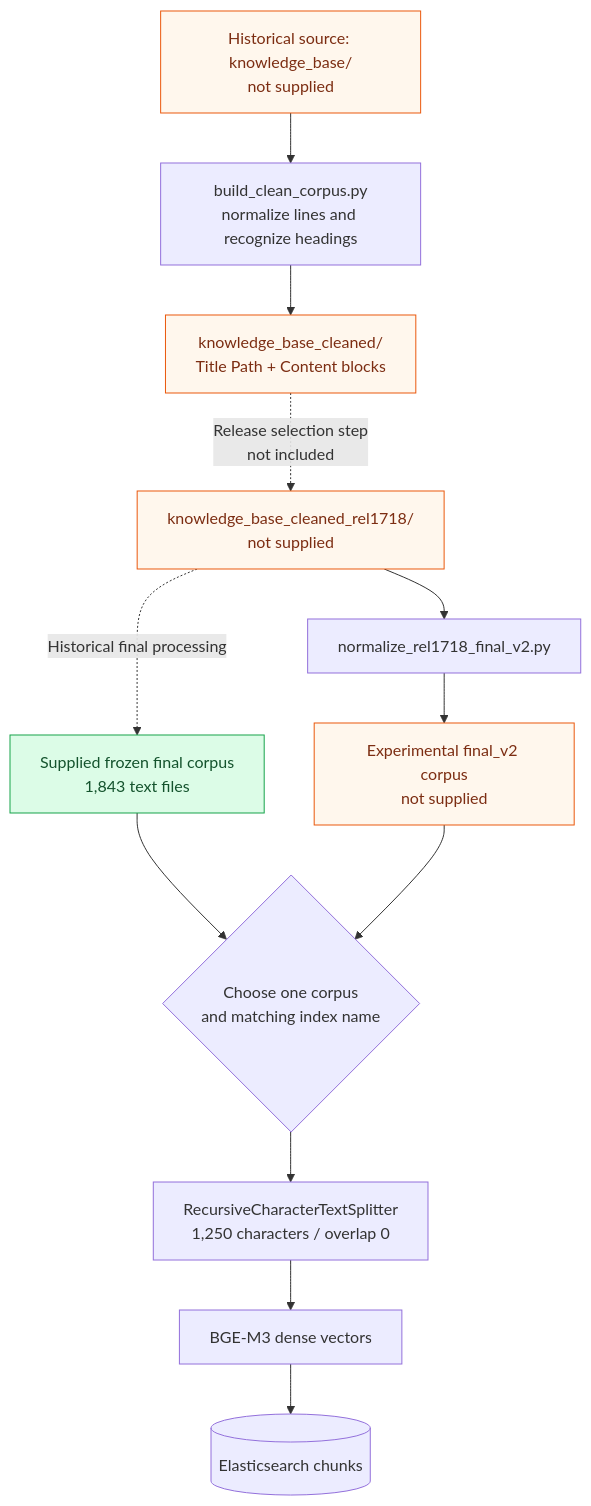
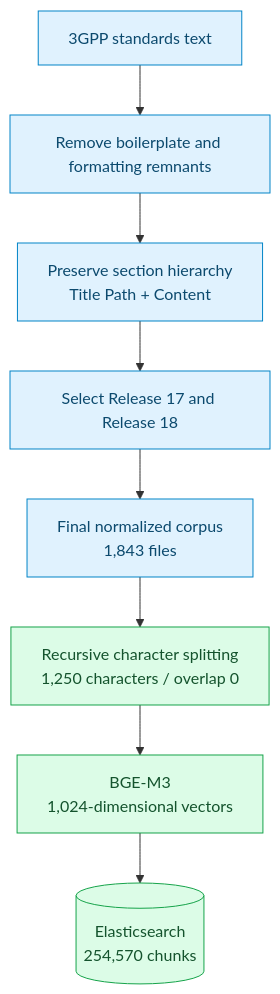
One commit to ManeswarSahu11/chat3gpp-iitk-internship changed the second of 5 diagrams in docs/ARCHITECTURE.md. Above: the diagram before and after it, drawn with Mermaid. The commit also changed other lines of this file and 4 other files, not shown here.

````diff
--- a/docs/ARCHITECTURE.md
+++ b/docs/ARCHITECTURE.md
@@ -32,18 +32,14 @@
 ```mermaid
 flowchart TD
-    RAW["Historical source: knowledge_base/<br/>not supplied"] --> CLEAN["build_clean_corpus.py<br/>normalize lines and recognize headings"]
-    CLEAN --> HIER["knowledge_base_cleaned/<br/>Title Path + Content blocks"]
-    HIER -. "Release selection step<br/>not included" .-> REL["knowledge_base_cleaned_rel1718/<br/>not supplied"]
-    REL -. "Historical final processing" .-> FINAL["Supplied frozen final corpus<br/>1,843 text files"]
-    REL --> V2["normalize_rel1718_final_v2.py"]
-    V2 --> EXP["Experimental final_v2 corpus<br/>not supplied"]
-    FINAL --> CHOICE{"Choose one corpus<br/>and matching index name"}
-    EXP --> CHOICE
-    CHOICE --> SPLIT["RecursiveCharacterTextSplitter<br/>1,250 characters / overlap 0"]
-    SPLIT --> EMB["BGE-M3 dense vectors"]
-    EMB --> STORE[("Elasticsearch chunks")]
-    classDef supplied fill:#dcfce7,stroke:#16a34a,color:#14532d
-    classDef missing fill:#fff7ed,stroke:#ea580c,color:#7c2d12
-    class FINAL supplied
-    class RAW,HIER,REL,EXP missing
+    RAW["3GPP standards text"] --> CLEAN["Remove boilerplate and formatting remnants"]
+    CLEAN --> HIER["Preserve section hierarchy<br/>Title Path + Content"]
+    HIER --> REL["Select Release 17 and Release 18"]
+    REL --> FINAL["Final normalized corpus<br/>1,843 files"]
+    FINAL --> SPLIT["Recursive character splitting<br/>1,250 characters / overlap 0"]
+    SPLIT --> EMB["BGE-M3<br/>1,024-dimensional vectors"]
+    EMB --> STORE[("Elasticsearch<br/>254,570 chunks")]
+    classDef corpus fill:#e0f2fe,stroke:#0284c7,color:#0c4a6e
+    classDef index fill:#dcfce7,stroke:#16a34a,color:#14532d
+    class RAW,CLEAN,HIER,REL,FINAL corpus
+    class SPLIT,EMB,STORE index
 ```
````
